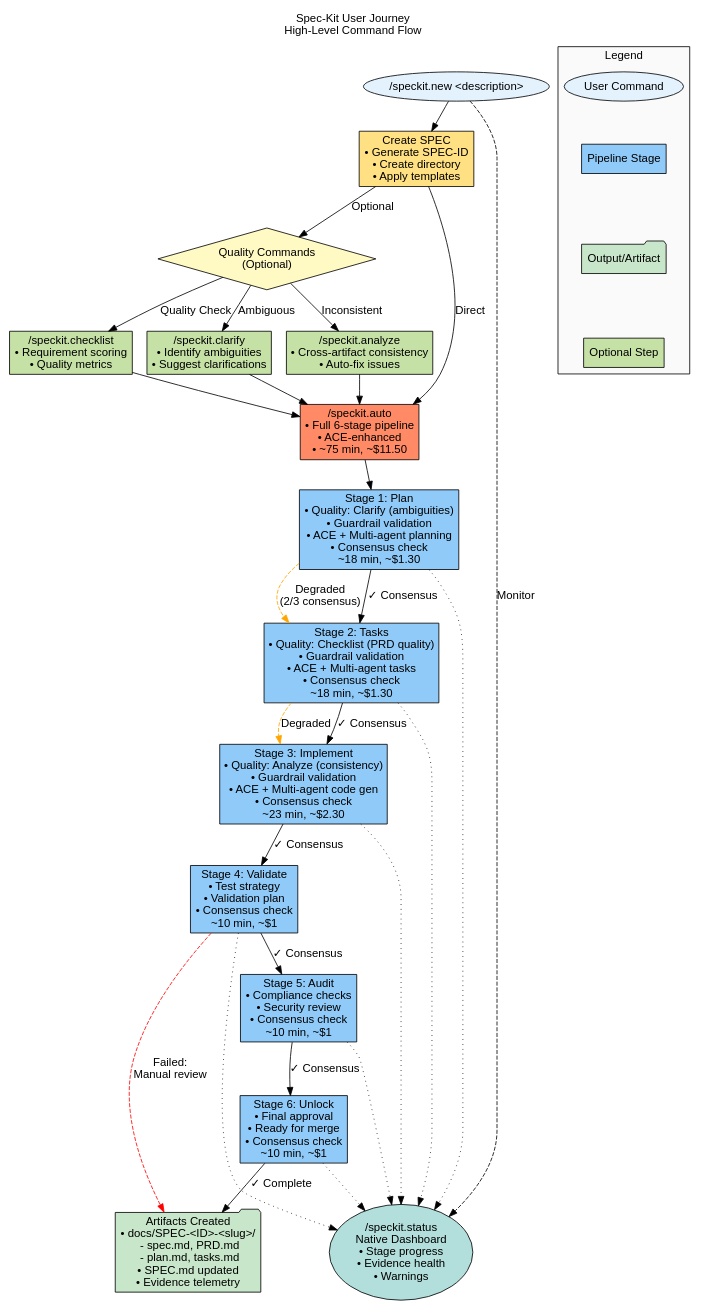
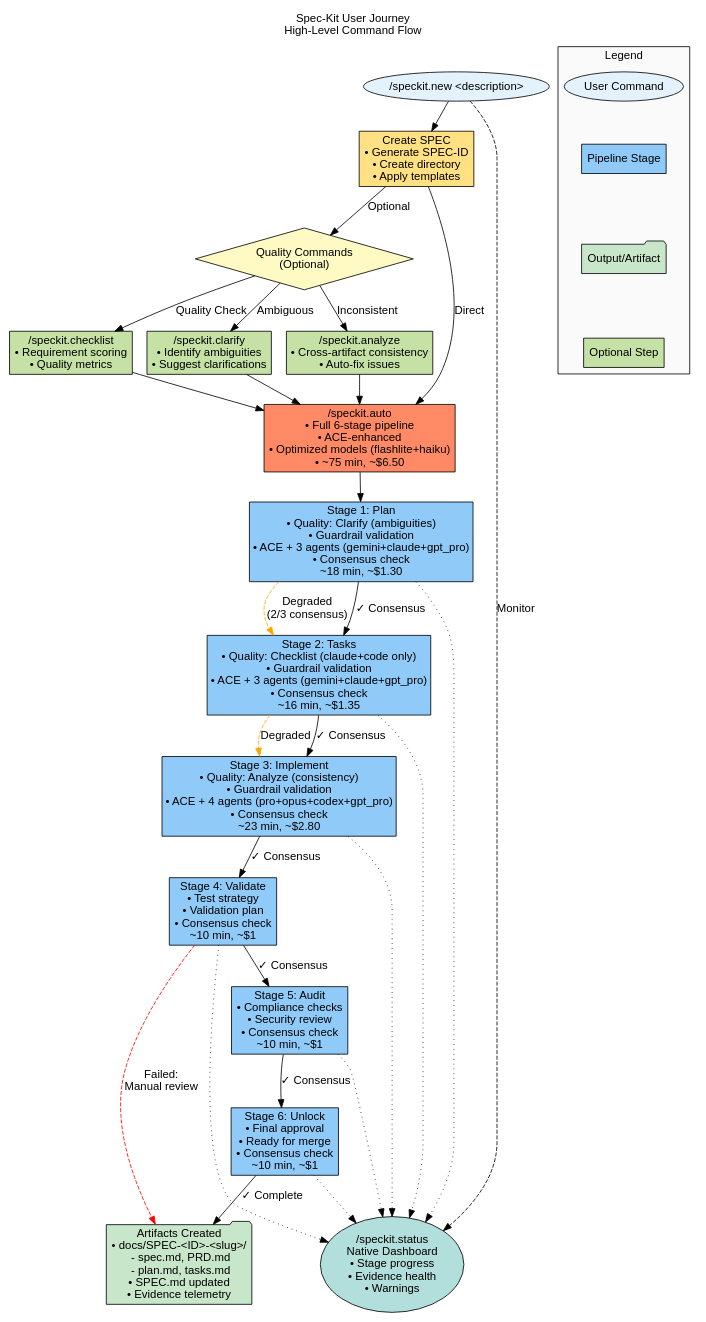
The diagram in diagrams/spec-kit/1-user-journey.dot (theturtlecsz/code), drawn with Graphviz before and after one commit. The commit also changed 14 other files, not shown here.

```diff
--- a/diagrams/spec-kit/1-user-journey.dot
+++ b/diagrams/spec-kit/1-user-journey.dot
@@ -1,86 +1,86 @@
 digraph spec_kit_user_journey {
     rankdir=TB;
     node [shape=box, style=rounded, fontname="Arial"];
     edge [fontname="Arial"];
 
     // Styling
     graph [fontname="Arial", fontsize=14, label="Spec-Kit User Journey\nHigh-Level Command Flow", labelloc=t];
 
     // User commands
     user [label="/speckit.new <description>", shape=oval, fillcolor="#E3F2FD", style="filled,rounded"];
 
     // Entry point
     new_spec [label="Create SPEC\n• Generate SPEC-ID\n• Create directory\n• Apply templates", fillcolor="#FFE082", style=filled];
 
     // Quality commands (optional)
     quality [label="Quality Commands\n(Optional)", shape=diamond, fillcolor="#FFF9C4", style=filled];
     clarify [label="/speckit.clarify\n• Identify ambiguities\n• Suggest clarifications", fillcolor="#C5E1A5", style=filled];
     analyze [label="/speckit.analyze\n• Cross-artifact consistency\n• Auto-fix issues", fillcolor="#C5E1A5", style=filled];
     checklist [label="/speckit.checklist\n• Requirement scoring\n• Quality metrics", fillcolor="#C5E1A5", style=filled];
 
     // Main automation
-    auto [label="/speckit.auto\n• Full 6-stage pipeline\n• ACE-enhanced\n• ~75 min, ~$11.50", fillcolor="#FF8A65", style=filled];
+    auto [label="/speckit.auto\n• Full 6-stage pipeline\n• ACE-enhanced\n• Optimized models (flashlite+haiku)\n• ~75 min, ~$6.50", fillcolor="#FF8A65", style=filled];
 
     // Stage progression
-    plan [label="Stage 1: Plan\n• Quality: Clarify (ambiguities)\n• Guardrail validation\n• ACE + Multi-agent planning\n• Consensus check\n~18 min, ~$1.30", fillcolor="#90CAF9", style=filled];
-    tasks [label="Stage 2: Tasks\n• Quality: Checklist (PRD quality)\n• Guardrail validation\n• ACE + Multi-agent tasks\n• Consensus check\n~18 min, ~$1.30", fillcolor="#90CAF9", style=filled];
-    implement [label="Stage 3: Implement\n• Quality: Analyze (consistency)\n• Guardrail validation\n• ACE + Multi-agent code gen\n• Consensus check\n~23 min, ~$2.30", fillcolor="#90CAF9", style=filled];
+    plan [label="Stage 1: Plan\n• Quality: Clarify (ambiguities)\n• Guardrail validation\n• ACE + 3 agents (gemini+claude+gpt_pro)\n• Consensus check\n~18 min, ~$1.30", fillcolor="#90CAF9", style=filled];
+    tasks [label="Stage 2: Tasks\n• Quality: Checklist (claude+code only)\n• Guardrail validation\n• ACE + 3 agents (gemini+claude+gpt_pro)\n• Consensus check\n~16 min, ~$1.35", fillcolor="#90CAF9", style=filled];
+    implement [label="Stage 3: Implement\n• Quality: Analyze (consistency)\n• Guardrail validation\n• ACE + 4 agents (pro+opus+codex+gpt_pro)\n• Consensus check\n~23 min, ~$2.80", fillcolor="#90CAF9", style=filled];
     validate [label="Stage 4: Validate\n• Test strategy\n• Validation plan\n• Consensus check\n~10 min, ~$1", fillcolor="#90CAF9", style=filled];
     audit [label="Stage 5: Audit\n• Compliance checks\n• Security review\n• Consensus check\n~10 min, ~$1", fillcolor="#90CAF9", style=filled];
     unlock [label="Stage 6: Unlock\n• Final approval\n• Ready for merge\n• Consensus check\n~10 min, ~$1", fillcolor="#90CAF9", style=filled];
 
     // Outputs
     artifacts [label="Artifacts Created\n• docs/SPEC-<ID>-<slug>/\n  - spec.md, PRD.md\n  - plan.md, tasks.md\n• SPEC.md updated\n• Evidence telemetry", shape=folder, fillcolor="#C8E6C9", style=filled];
 
     status [label="/speckit.status\nNative Dashboard\n• Stage progress\n• Evidence health\n• Warnings", shape=oval, fillcolor="#B2DFDB", style=filled];
 
     // Flow
     user -> new_spec;
     new_spec -> quality [label="Optional"];
     new_spec -> auto [label="Direct"];
 
     quality -> clarify [label="Ambiguous"];
     quality -> analyze [label="Inconsistent"];
     quality -> checklist [label="Quality Check"];
     clarify -> auto;
     analyze -> auto;
     checklist -> auto;
 
     auto -> plan;
     plan -> tasks [label="✓ Consensus"];
     tasks -> implement [label="✓ Consensus"];
     implement -> validate [label="✓ Consensus"];
     validate -> audit [label="✓ Consensus"];
     audit -> unlock [label="✓ Consensus"];
     unlock -> artifacts [label="✓ Complete"];
 
     // Status monitoring
     user -> status [style=dashed, label="Monitor"];
     plan -> status [style=dotted];
     tasks -> status [style=dotted];
     implement -> status [style=dotted];
     validate -> status [style=dotted];
     audit -> status [style=dotted];
     unlock -> status [style=dotted];
 
     // Degraded mode paths
     plan -> tasks [label="Degraded\n(2/3 consensus)", style=dashed, color=orange];
     tasks -> implement [label="Degraded", style=dashed, color=orange];
     validate -> artifacts [label="Failed:\nManual review", style=dashed, color=red];
 
     // Legend
     subgraph cluster_legend {
         label="Legend";
         style=filled;
         fillcolor="#FAFAFA";
 
         leg_cmd [label="User Command", shape=oval, fillcolor="#E3F2FD", style="filled,rounded"];
         leg_stage [label="Pipeline Stage", fillcolor="#90CAF9", style=filled];
         leg_output [label="Output/Artifact", shape=folder, fillcolor="#C8E6C9", style=filled];
         leg_optional [label="Optional Step", fillcolor="#C5E1A5", style=filled];
 
         leg_cmd -> leg_stage [style=invis];
         leg_stage -> leg_output [style=invis];
         leg_output -> leg_optional [style=invis];
     }
 }
```
